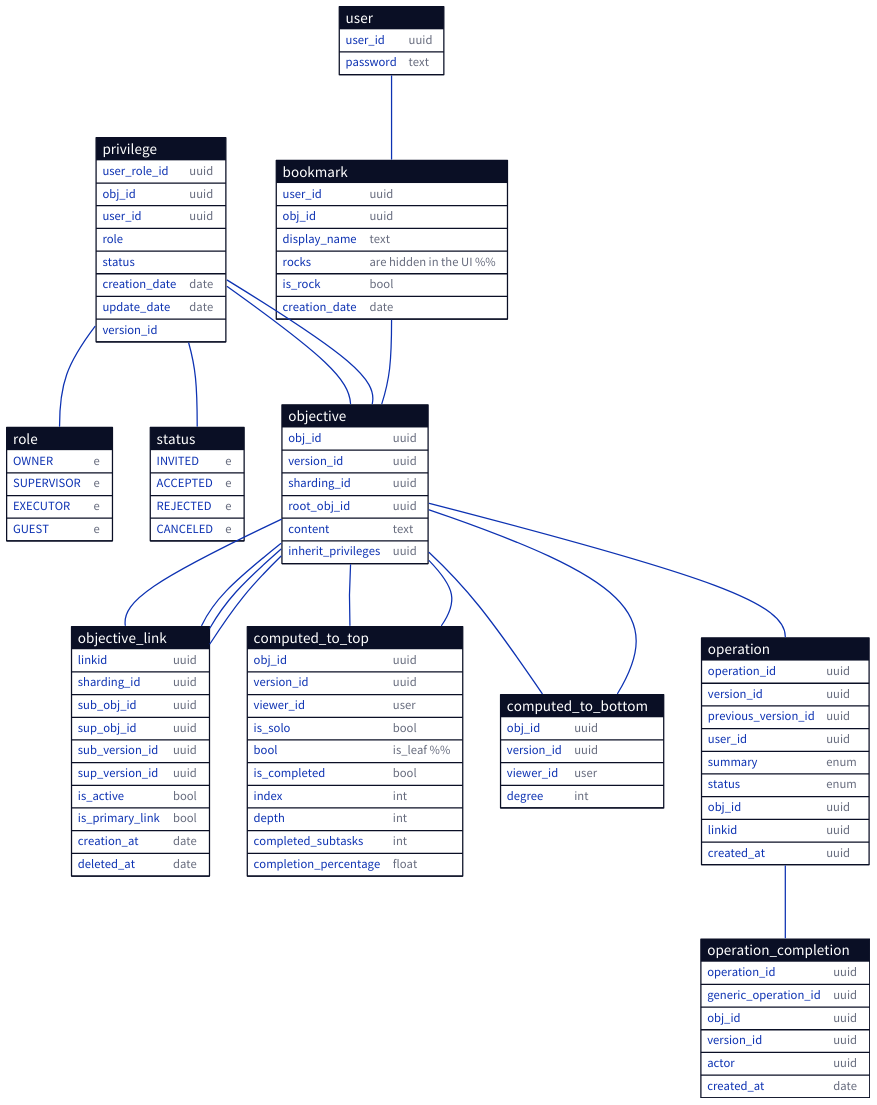
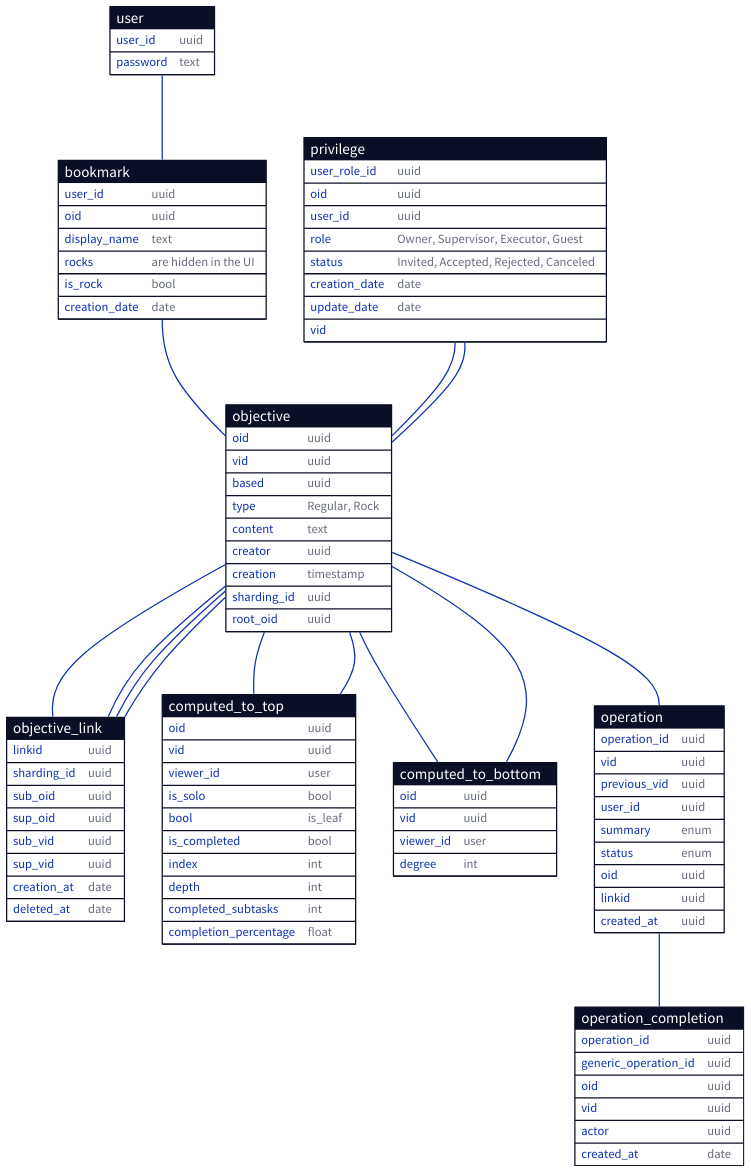
Before and after one commit to ufukty/logbook: the diagram in docs/database/simplified.d2, drawn with D2. The commit also changed 5 other files, not shown here.

```diff
--- a/docs/database/simplified.d2
+++ b/docs/database/simplified.d2
@@ -1,173 +1,147 @@
 user: {
   shape: sql_table
 
   user_id: uuid
   password: text
 }
 
 user -- bookmark
 
 bookmark: {
   shape: sql_table
 
   user_id: uuid
-  obj_id: uuid
+  oid: uuid
   display_name: text
-  rocks: are hidden in the UI %%
+  rocks: are hidden in the UI
   is_rock: bool
   creation_date: date
-}
-
-role: {
-  shape: sql_table
-
-  OWNER: e
-  SUPERVISOR: e
-  EXECUTOR: e
-  GUEST: e
-}
-
-status: {
-  shape: sql_table
-
-  INVITED: e
-  ACCEPTED: e
-  REJECTED: e
-  CANCELED: e
 }
 
 privilege: {
   shape: sql_table
 
   user_role_id: uuid
-  obj_id: uuid
+  oid: uuid
   user_id: uuid
-  role: role
-  status: status
+  role: "Owner, Supervisor, Executor, Guest"
+  status: "Invited, Accepted, Rejected, Canceled"
   creation_date: date
   update_date: date
 }
 
-privilege -- role
-privilege -- status
-
 objective: {
   shape: sql_table
 
-  obj_id: uuid
-  version_id: uuid
+  oid: uuid
+  vid: uuid
+  based: uuid
+  type: "Regular, Rock"
+  content: text
+  creator: uuid
+  creation: timestamp
 
   # "Inherit: super obj, randomize else" 
   sharding_id: uuid
   # "Needed: for sharding." 
-  root_obj_id: uuid
-
-  content: text
-
-  # "id: of inherited task" 
-  inherit_privileges: uuid
+  root_oid: uuid
 }
 
 # recalculate every link on a tree when new viewer come" ?
 objective_link: {
   shape: sql_table
 
   linkid: uuid
 
   # "Inherit: super obj, randomize otherwise" 
   sharding_id: uuid
 
-  sub_obj_id: uuid
-  sup_obj_id: uuid
-  sub_version_id: uuid
-  sup_version_id: uuid
-
-  # "FALSE: if the link is deleted by user" 
-  is_active: bool
-  # "TRUE: if this is the first link of task with any supertask" 
-  is_primary_link: bool
+  sub_oid: uuid
+  sup_oid: uuid
+  sub_vid: uuid
+  sup_vid: uuid
 
   creation_at: date
   deleted_at: date
 }
 
-objective.obj_id -- objective_link.sup_obj_id
-objective.obj_id -- objective_link.sub_obj_id
-objective.version_id -- objective_link.sup_version_id
-objective.version_id -- objective_link.sub_version_id
+objective.oid -- objective_link.sup_oid
+objective.oid -- objective_link.sub_oid
+objective.vid -- objective_link.sup_vid
+objective.vid -- objective_link.sub_vid
 
 # a bookmark points to a root node of a work tree
 bookmark -- objective
 
 # Any task with custom privilege hand.can have owner/viewers/executors
-privilege.obj_id -- objective.obj_id
-privilege.version_id -- objective.version_id
+privilege.oid -- objective.oid
+privilege.vid -- objective.vid
 
 computed_to_top: {
   shape: sql_table
 
-  obj_id: uuid
-  version_id: uuid
+  oid: uuid
+  vid: uuid
   viewer_id: user
 
   is_solo: bool
-  bool: is_leaf %%
+  bool: is_leaf
   # "for: leaf" 
   is_completed: bool
 
   # "inherited: from inviter on task creation." 
   index: int
   depth: int
   # "changes: for each user. divide with degree to find completion_percentage" 
   completed_subtasks: int
   # "changes: for each user. not the same with objective.is_completed" 
   completion_percentage: float
 }
 
 computed_to_bottom: {
   shape: sql_table
 
-  obj_id: uuid
-  version_id: uuid
+  oid: uuid
+  vid: uuid
   viewer_id: user
 
   degree: int
 }
 
-objective.obj_id -- computed_to_top.obj_id
-objective.version_id -- computed_to_top.version_id
+objective.oid -- computed_to_top.oid
+objective.vid -- computed_to_top.vid
 
-objective.obj_id -- computed_to_bottom.obj_id
-objective.version_id -- computed_to_bottom.version_id
+objective.oid -- computed_to_bottom.oid
+objective.vid -- computed_to_bottom.vid
 
 operation: {
   shape: sql_table
 
   operation_id: uuid
-  version_id: uuid
-  previous_version_id: uuid
+  vid: uuid
+  previous_vid: uuid
 
   user_id: uuid
   summary: enum
   status: enum
 
-  obj_id: uuid
+  oid: uuid
   linkid: uuid
 
   created_at: uuid
 }
 
 operation_completion: {
   shape: sql_table
 
   operation_id: uuid
   generic_operation_id: uuid
-  obj_id: uuid
-  version_id: uuid
+  oid: uuid
+  vid: uuid
   actor: uuid
   created_at: date
 }
 
 operation -- operation_completion
 
 objective -- operation
```
